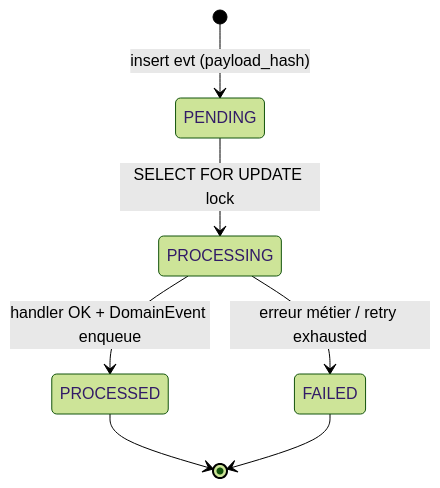
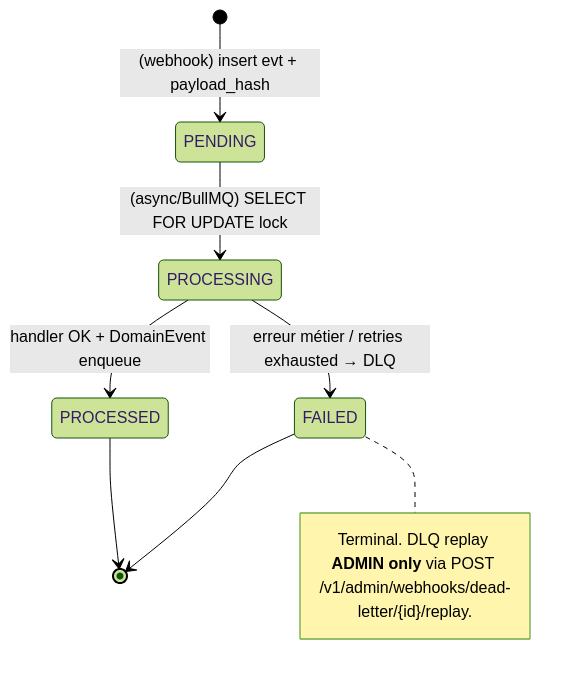
One commit to Kyria-Zaire/clean-connect changed the fourth of 7 diagrams in docs/prd/PRD-003-photos-paiements.md. Above: the diagram before and after it, drawn with Mermaid (forest theme). The commit also changed other lines of this file and 15 other files, not shown here.

````diff
--- a/docs/prd/PRD-003-photos-paiements.md
+++ b/docs/prd/PRD-003-photos-paiements.md
@@ -344,9 +382,10 @@
 ```mermaid
 stateDiagram-v2
-  [*] --> PENDING: insert evt (payload_hash)
-  PENDING --> PROCESSING: SELECT FOR UPDATE lock
+  [*] --> PENDING: (webhook) insert evt + payload_hash
+  PENDING --> PROCESSING: (async/BullMQ) SELECT FOR UPDATE lock
   PROCESSING --> PROCESSED: handler OK + DomainEvent enqueue
-  PROCESSING --> FAILED: erreur métier / retry exhausted
+  PROCESSING --> FAILED: erreur métier / retries exhausted → DLQ
   PROCESSED --> [*]
   FAILED --> [*]
+  note right of FAILED: Terminal. DLQ replay **ADMIN only** via POST /v1/admin/webhooks/dead-letter/{id}/replay.
 ```
````
